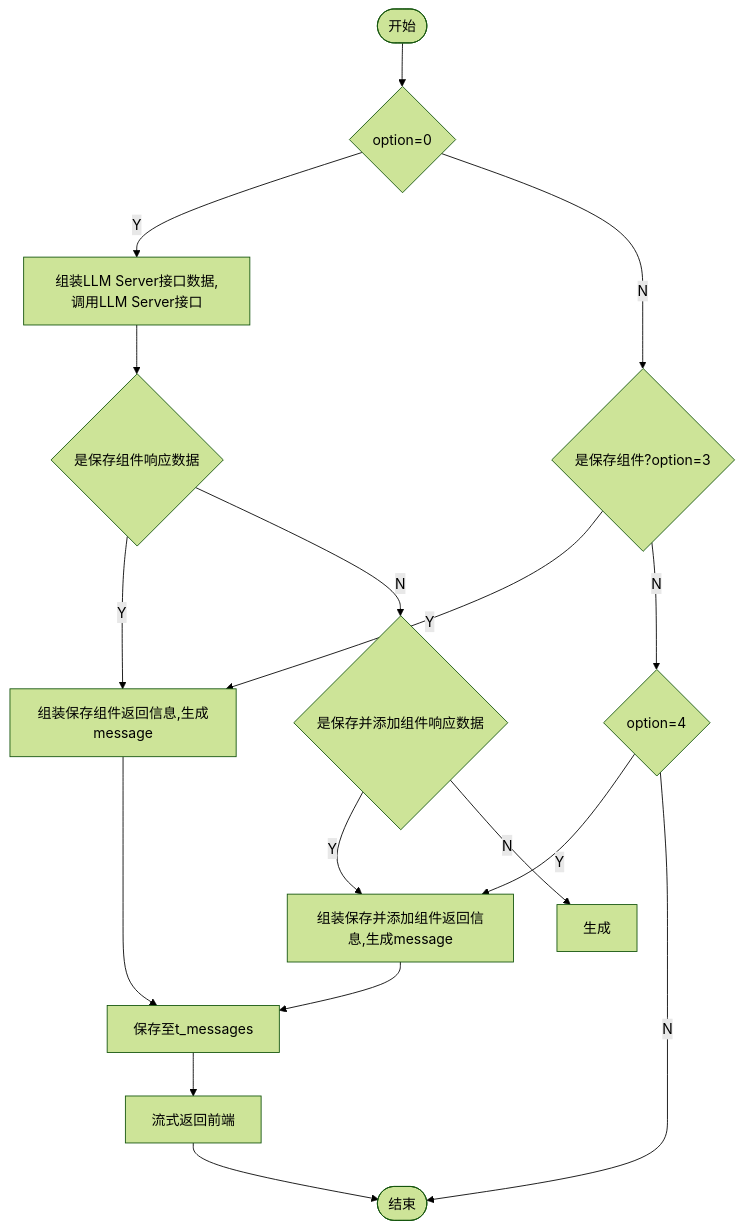
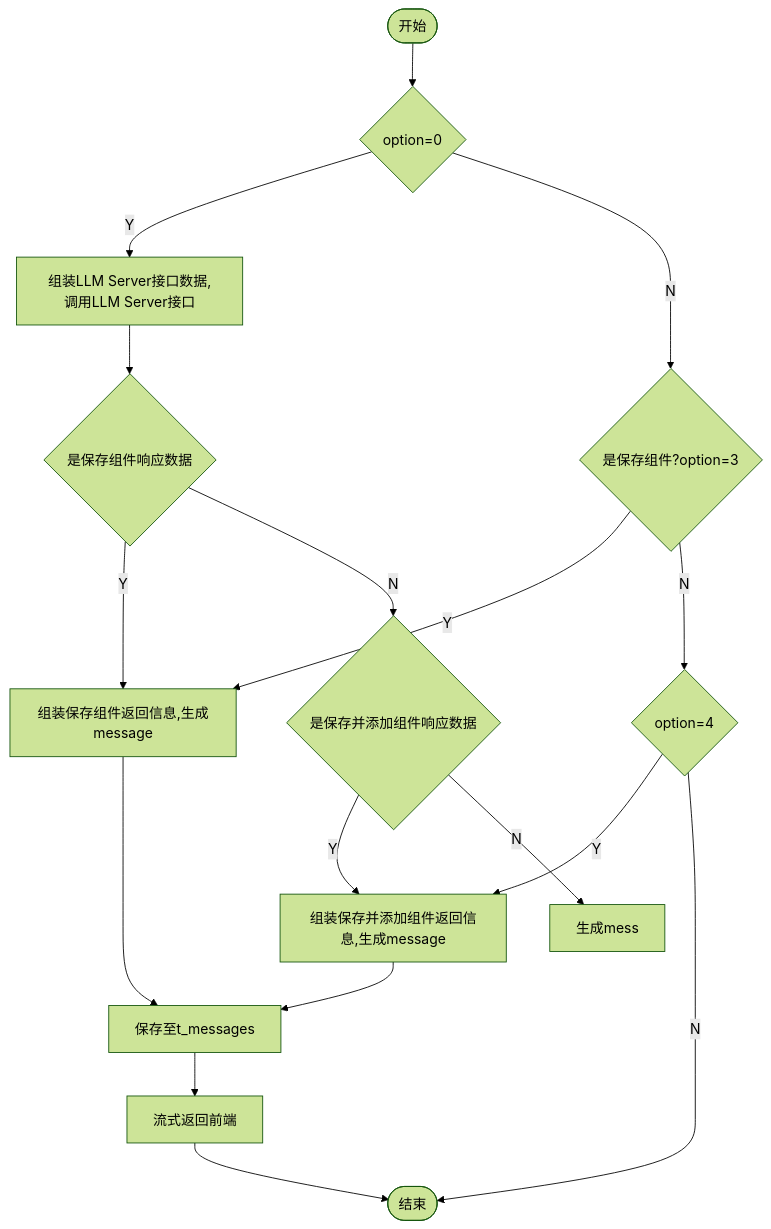
The diagram in all/添加保存组件.md (yingjianzh/iodraw-files), drawn with Mermaid (forest theme) before and after one commit.

Commit message:
2024-10-14 13:42:37 update

````diff
--- a/all/添加保存组件.md
+++ b/all/添加保存组件.md
@@ -1,19 +1,19 @@
 ```mermaid
 flowchart TD
     A([开始]) --> B{option=0}
     B -- Y --> C[组装LLM Server接口数据,调用LLM Server接口]
     B -- N --> D{是保存组件?option=3}
     C --> E{是保存组件响应数据}
     E -- Y --> F[组装保存组件返回信息,生成message]
     E -- N --> L{是保存并添加组件响应数据}
     L -- Y --> K
-    L -- N --> 生成
+    L -- N --> 生成mess
     D -- Y --> F
     D -- N --> J{option=4}
     J -- Y --> K[组装保存并添加组件返回信息,生成message]
     K --> G
     J -- N --> I
     F --> G[保存至t_messages]
     G --> H[流式返回前端]
     H --> I([结束])
 ```
````
